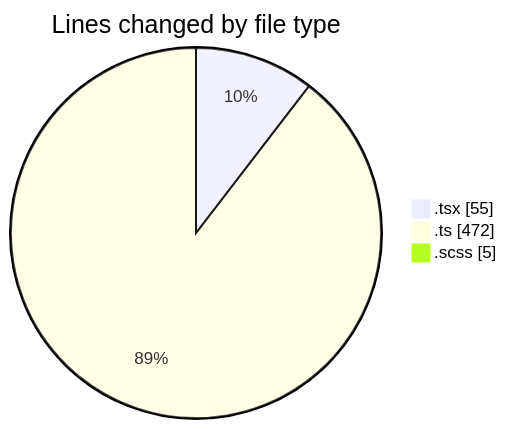
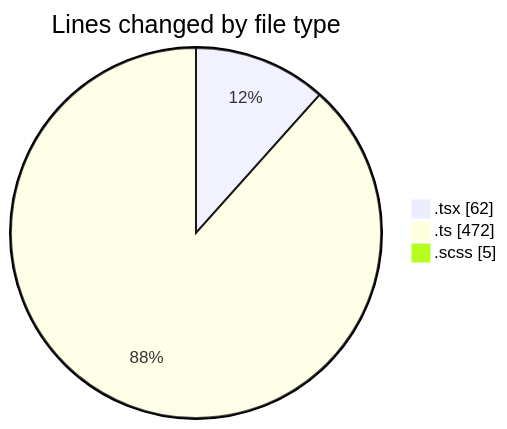
Before and after one commit to momahboobian/code-tracking: the first of 2 diagrams in 2025-10-07/cda/README.md, drawn with Mermaid. The commit also changed other lines of this file and 1 other file, not shown here.

````diff
--- a/2025-10-07/cda/README.md
+++ b/2025-10-07/cda/README.md
@@ -25,7 +25,7 @@
 ```mermaid
 pie showData
 title Lines changed by file type
-".tsx" : 55
+".tsx" : 62
 ".ts" : 472
 ".scss" : 5
 ```
````
